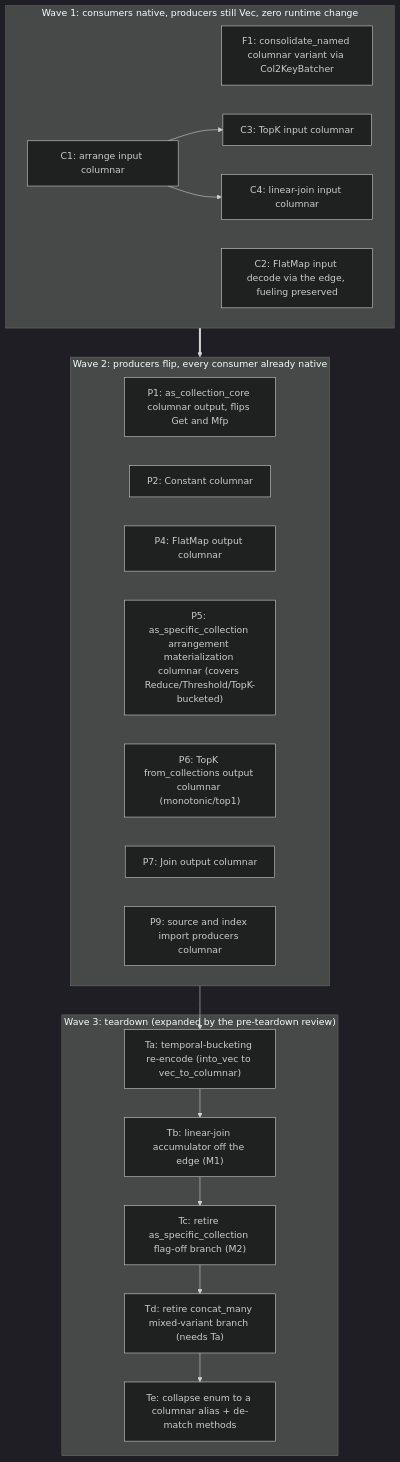
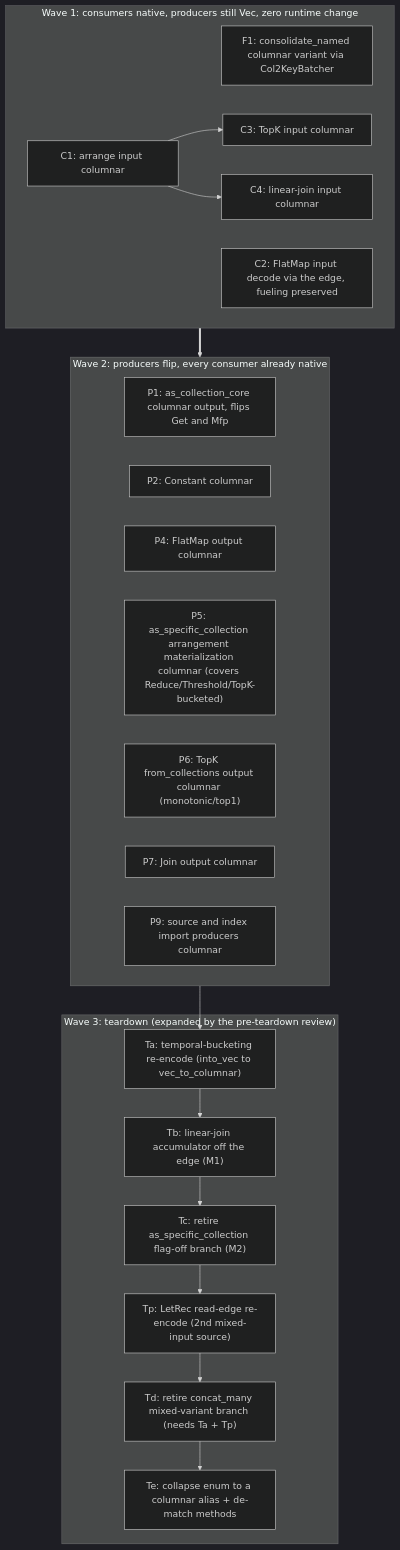
One commit to MaterializeInc/materialize changed the diagram in doc/developer/design/20260720_columnar_dataflow_edges.md. Above: the diagram before and after it, drawn with Mermaid (dark theme). The commit also changed other lines of this file, not shown here.

First line of the commit message:
doc: insert Tp (LetRec re-encode) before Td

````diff
--- a/doc/developer/design/20260720_columnar_dataflow_edges.md
+++ b/doc/developer/design/20260720_columnar_dataflow_edges.md
@@ -143,34 +143,36 @@
 ```mermaid
 graph TD
   subgraph Wave1["Wave 1: consumers native, producers still Vec, zero runtime change"]
     F1["F1: consolidate_named columnar variant via Col2KeyBatcher"]
     C1["C1: arrange input columnar"]
     C2["C2: FlatMap input decode via the edge, fueling preserved"]
     C3["C3: TopK input columnar"]
     C4["C4: linear-join input columnar"]
   end
   subgraph Wave2["Wave 2: producers flip, every consumer already native"]
     P1["P1: as_collection_core columnar output, flips Get and Mfp"]
     P2["P2: Constant columnar"]
     P4["P4: FlatMap output columnar"]
     P5["P5: as_specific_collection arrangement materialization columnar (covers Reduce/Threshold/TopK-bucketed)"]
     P6["P6: TopK from_collections output columnar (monotonic/top1)"]
     P7["P7: Join output columnar"]
     P9["P9: source and index import producers columnar"]
   end
   subgraph Wave3["Wave 3: teardown (expanded by the pre-teardown review)"]
     Ta["Ta: temporal-bucketing re-encode (into_vec to vec_to_columnar)"]
     Tb["Tb: linear-join accumulator off the edge (M1)"]
     Tc["Tc: retire as_specific_collection flag-off branch (M2)"]
-    Td["Td: retire concat_many mixed-variant branch (needs Ta)"]
+    Tp["Tp: LetRec read-edge re-encode (2nd mixed-input source)"]
+    Td["Td: retire concat_many mixed-variant branch (needs Ta + Tp)"]
     Te["Te: collapse enum to a columnar alias + de-match methods"]
   end
   C1 --> C3
   C1 --> C4
   Wave1 ==> Wave2
   Wave2 --> Ta
   Ta --> Tb
   Tb --> Tc
-  Tc --> Td
+  Tc --> Tp
+  Tp --> Td
   Td --> Te
 ```
````
